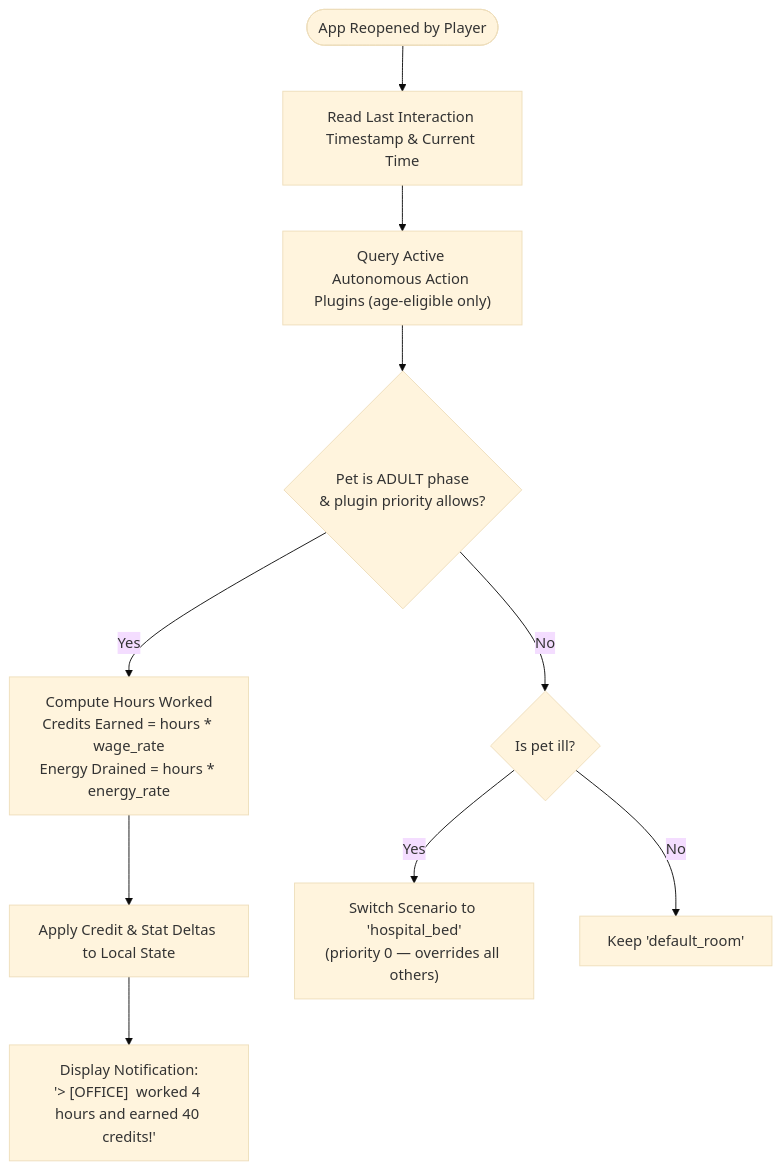
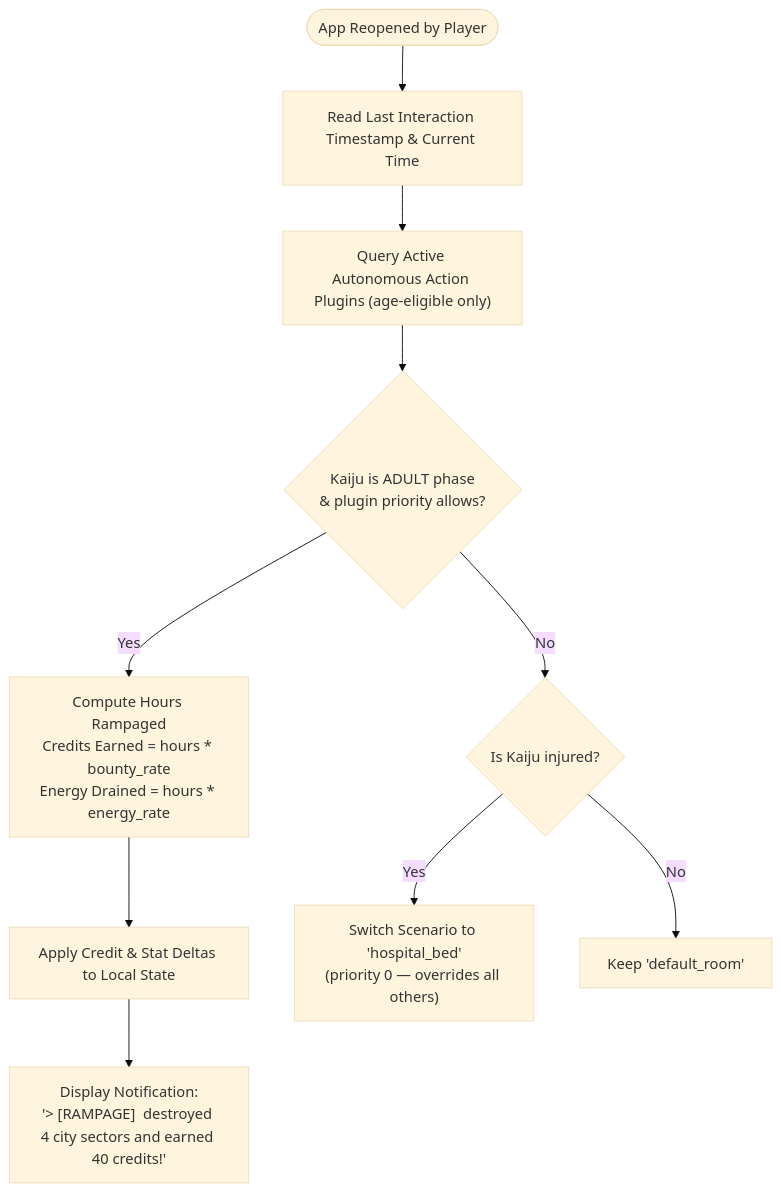
One commit to TheMrCorvy/HATCH.REF changed the diagram in Documentation/Plugins/03-non-user-triggered-actions.md. Above: the diagram before and after it, drawn with Mermaid (base theme). The commit also changed other lines of this file and 34 other files, not shown here.

````diff
--- a/Documentation/Plugins/03-non-user-triggered-actions.md
+++ b/Documentation/Plugins/03-non-user-triggered-actions.md
@@ -14,15 +14,15 @@
 ```mermaid
 flowchart TD
     AppResume([App Reopened by Player]) --> ReadTimestamps["Read Last Interaction Timestamp & Current Time"]
     ReadTimestamps --> CheckAutoActions["Query Active Autonomous Action Plugins (age-eligible only)"]
 
-    CheckAutoActions --> EvalWork{"Pet is ADULT phase\n& plugin priority allows?"}
-    EvalWork -->|Yes| CalcWork["Compute Hours Worked\nCredits Earned = hours * wage_rate\nEnergy Drained = hours * energy_rate"]
-    EvalWork -->|No| CheckSick{"Is pet ill?"}
+    CheckAutoActions --> EvalWork{"Kaiju is ADULT phase\n& plugin priority allows?"}
+    EvalWork -->|Yes| CalcWork["Compute Hours Rampaged\nCredits Earned = hours * bounty_rate\nEnergy Drained = hours * energy_rate"]
+    EvalWork -->|No| CheckSick{"Is Kaiju injured?"}
 
     CalcWork --> UpdateStats["Apply Credit & Stat Deltas to Local State"]
     CheckSick -->|Yes| SetHospital["Switch Scenario to 'hospital_bed'\n(priority 0 — overrides all others)"]
     CheckSick -->|No| NormalRoom["Keep 'default_room'"]
 
-    UpdateStats --> ShowSummary["Display Notification:\n'> [OFFICE] <pet> worked 4 hours and earned 40 credits!'"]
+    UpdateStats --> ShowSummary["Display Notification:\n'> [RAMPAGE] <kaiju> destroyed 4 city sectors and earned 40 credits!'"]
 ```
````
